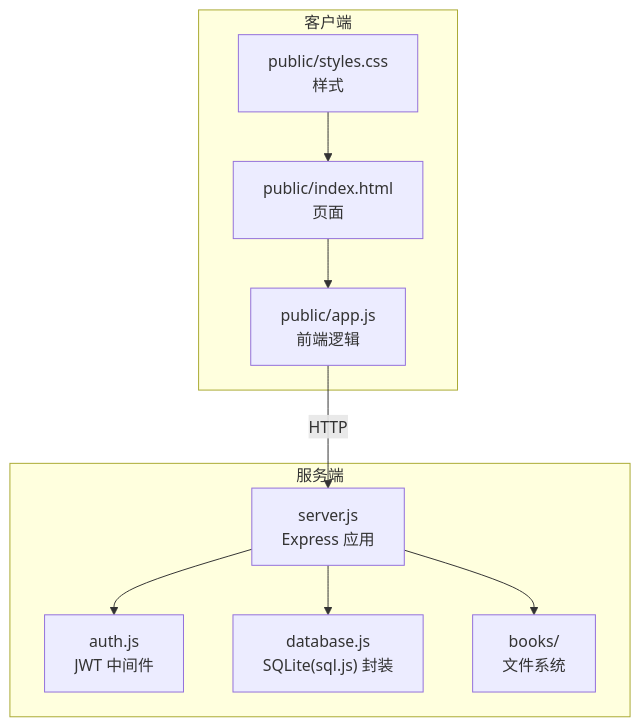
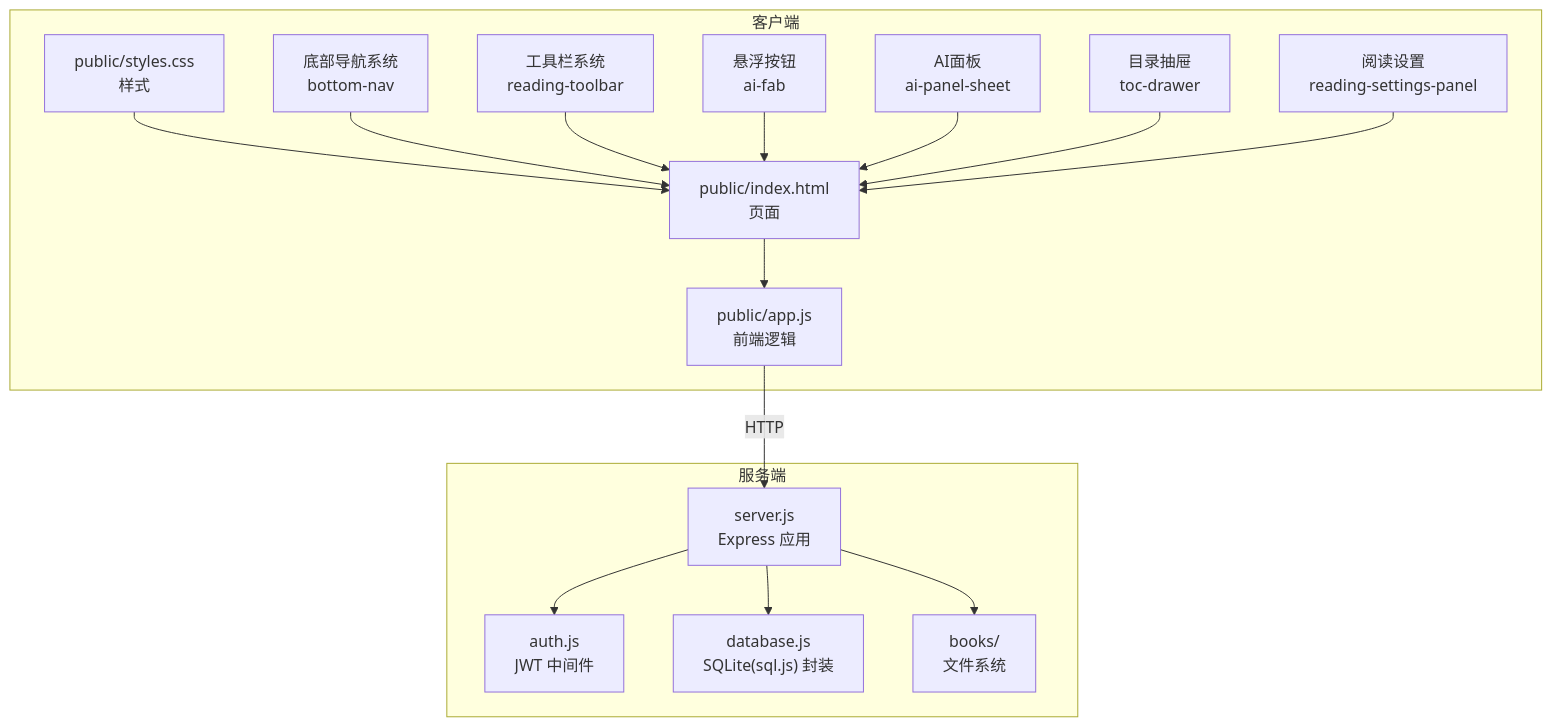
Before and after one commit to 1431529361/aread: the second of 10 diagrams in .qoder/repowiki/zh/content/开发者指南/核心模块详解/服务器主模块 (server.js)/电子书管理.md, drawn with Mermaid. The commit also changed other lines of this file and 32 other files, not shown here.

````diff
--- a/.qoder/repowiki/zh/content/开发者指南/核心模块详解/服务器主模块 (server.js)/电子书管理.md
+++ b/.qoder/repowiki/zh/content/开发者指南/核心模块详解/服务器主模块 (server.js)/电子书管理.md
@@ -95,20 +98,32 @@
 ```mermaid
 graph TB
 subgraph "客户端"
 FE["public/app.js<br/>前端逻辑"]
 UI["public/index.html<br/>页面"]
 CSS["public/styles.css<br/>样式"]
+END["底部导航系统<br/>bottom-nav"]
+TOOL["工具栏系统<br/>reading-toolbar"]
+FAB["悬浮按钮<br/>ai-fab"]
+AI["AI面板<br/>ai-panel-sheet"]
+TOC["目录抽屉<br/>toc-drawer"]
+SET["阅读设置<br/>reading-settings-panel"]
 end
 subgraph "服务端"
 S["server.js<br/>Express 应用"]
 AUTH["auth.js<br/>JWT 中间件"]
 DB["database.js<br/>SQLite(sql.js) 封装"]
 FS["books/<userId><br/>文件系统"]
 end
 FE --> |HTTP| S
 UI --> FE
 CSS --> UI
+END --> UI
+TOOL --> UI
+FAB --> UI
+AI --> UI
+TOC --> UI
+SET --> UI
 S --> AUTH
 S --> DB
 S --> FS
 ```
````
